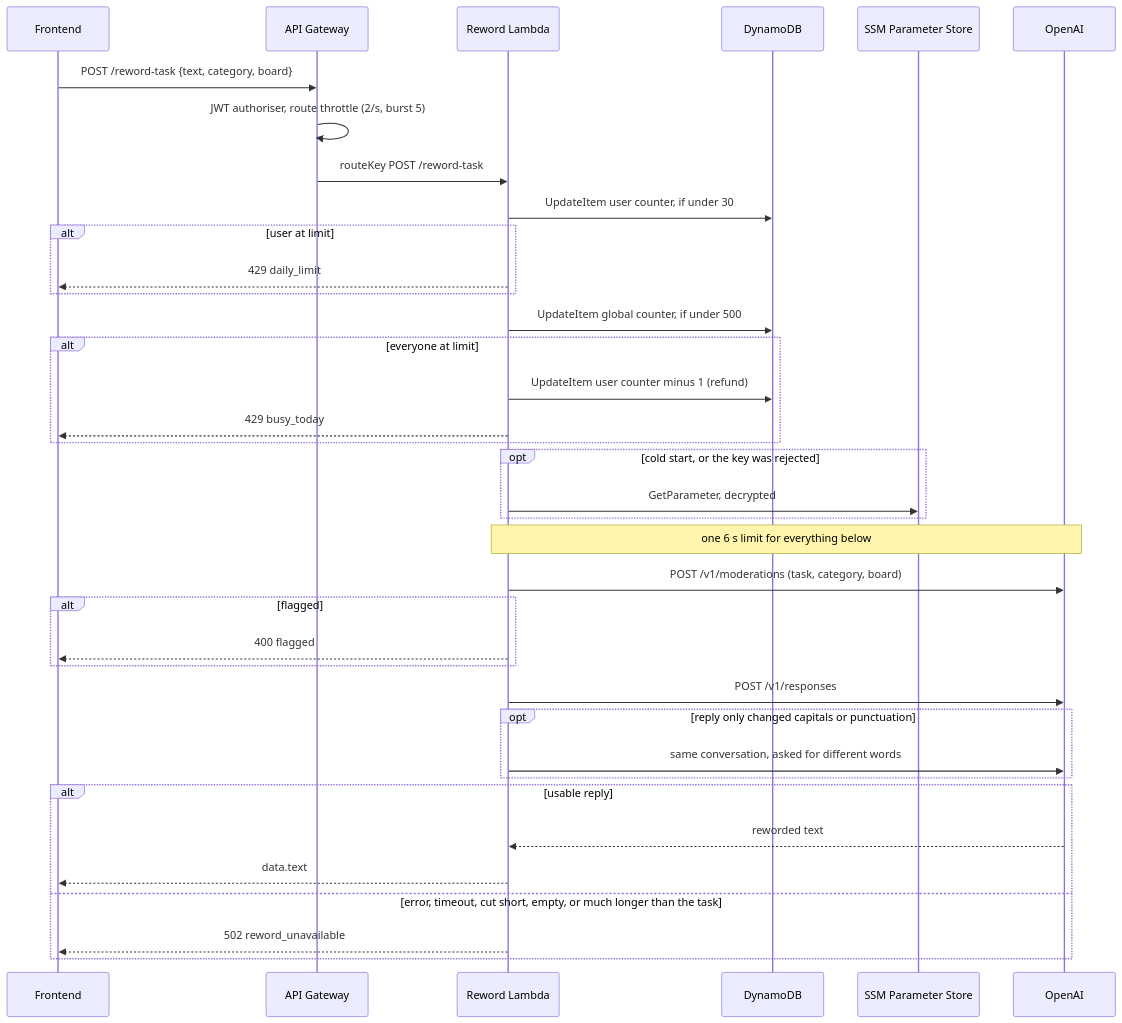
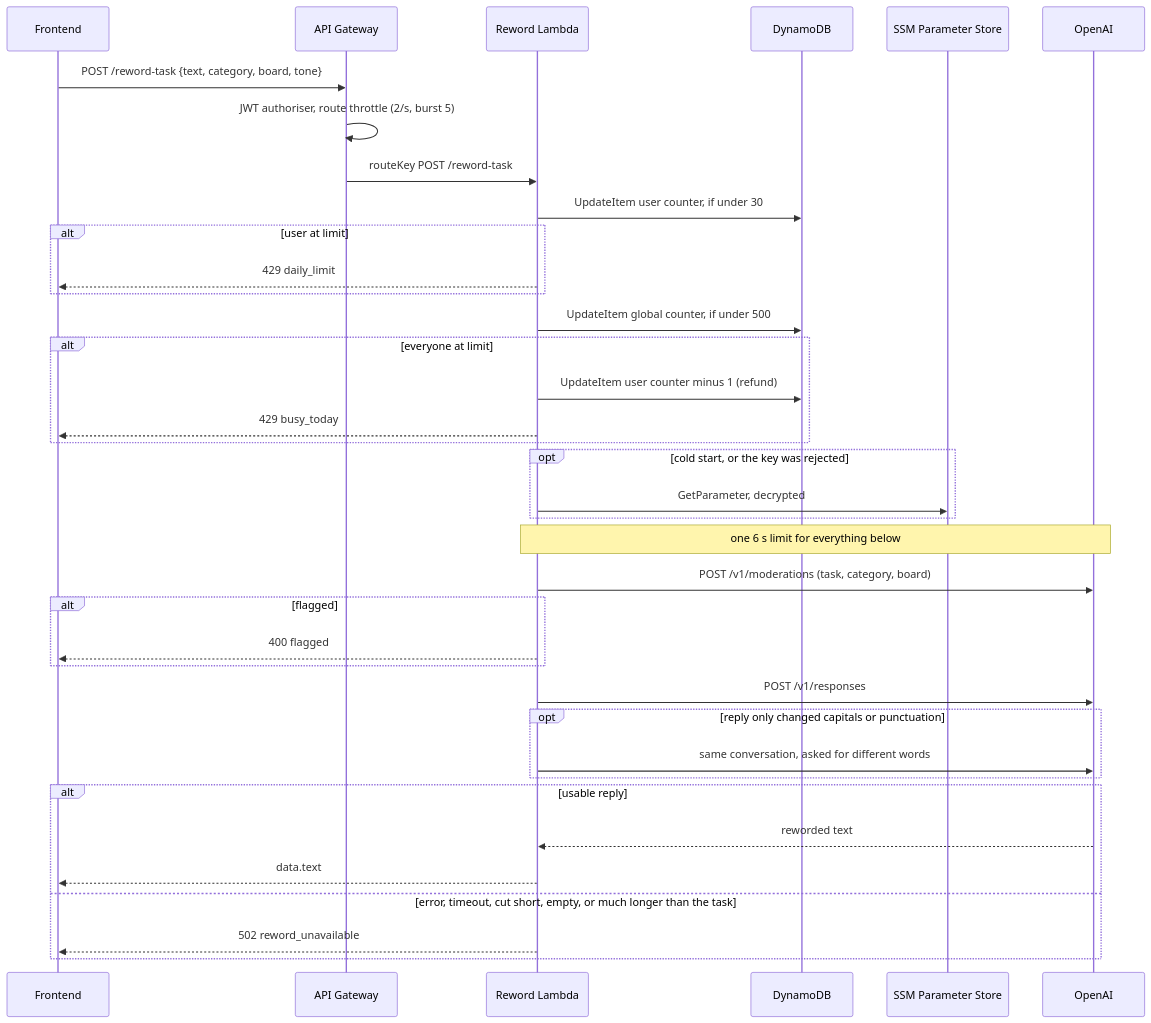
The seventh of 11 diagrams in ARCHITECTURE.md (TomBenjaminMorris/listpal-backend), drawn with Mermaid before and after one commit. The commit also changed other lines of this file and 6 other files, not shown here.

First line of the commit message:
Add a reword tone the user can choose

````diff
--- a/ARCHITECTURE.md
+++ b/ARCHITECTURE.md
@@ -344,40 +346,40 @@
 ```mermaid
 sequenceDiagram
     participant F as Frontend
     participant G as API Gateway
     participant R as Reword Lambda
     participant D as DynamoDB
     participant S as SSM Parameter Store
     participant O as OpenAI
 
-    F->>G: POST /reword-task {text, category, board}
+    F->>G: POST /reword-task {text, category, board, tone}
     G->>G: JWT authoriser, route throttle (2/s, burst 5)
     G->>R: routeKey POST /reword-task
     R->>D: UpdateItem user counter, if under 30
     alt user at limit
         R-->>F: 429 daily_limit
     end
     R->>D: UpdateItem global counter, if under 500
     alt everyone at limit
         R->>D: UpdateItem user counter minus 1 (refund)
         R-->>F: 429 busy_today
     end
     opt cold start, or the key was rejected
         R->>S: GetParameter, decrypted
     end
     Note over R,O: one 6 s limit for everything below
     R->>O: POST /v1/moderations (task, category, board)
     alt flagged
         R-->>F: 400 flagged
     end
     R->>O: POST /v1/responses
     opt reply only changed capitals or punctuation
         R->>O: same conversation, asked for different words
     end
     alt usable reply
         O-->>R: reworded text
         R-->>F: data.text
     else error, timeout, cut short, empty, or much longer than the task
         R-->>F: 502 reword_unavailable
     end
 ```
````
